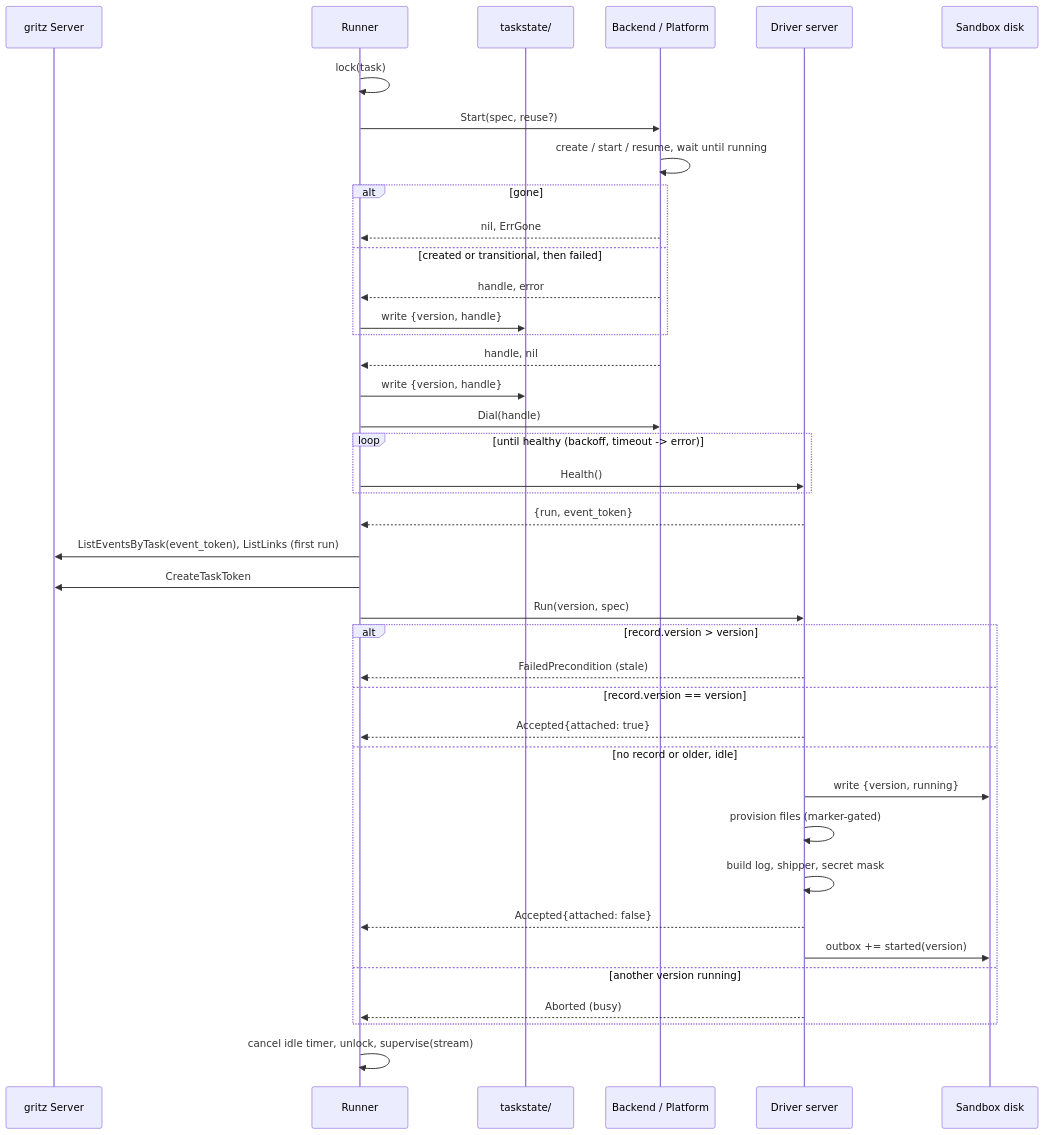
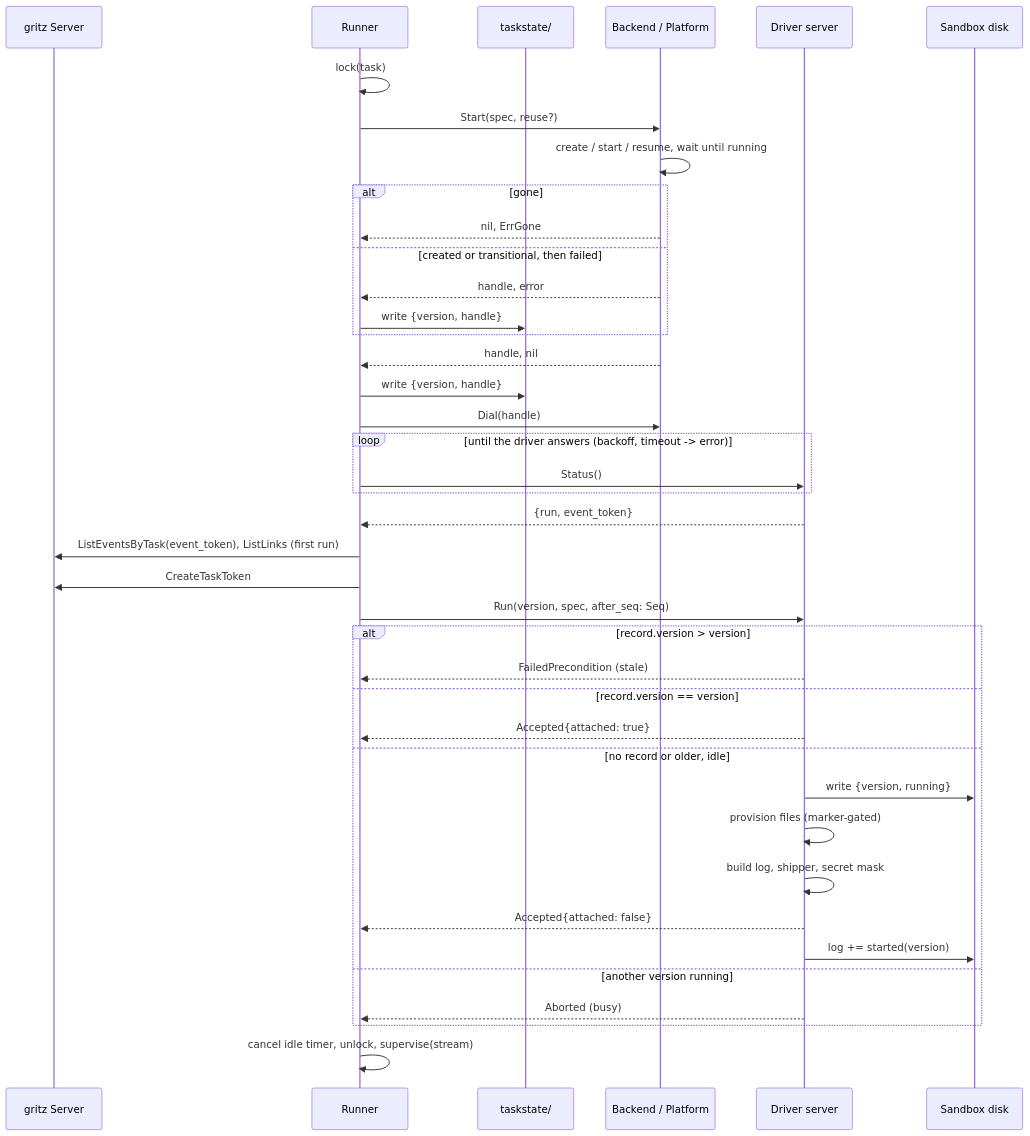
The second of 6 diagrams in proposals/draft/driver-server.md (gritzapp/gritz), drawn with Mermaid before and after one commit. The commit also changed other lines of this file and 2 other files, not shown here.

First line of the commit message:
docs: replace the driver outbox with a response log read from a runner offset

````diff
--- a/proposals/draft/driver-server.md
+++ b/proposals/draft/driver-server.md
@@ -525,43 +536,43 @@
 ```mermaid
 sequenceDiagram
     participant S as gritz Server
     participant R as Runner
     participant T as taskstate/
     participant P as Backend / Platform
     participant D as Driver server
     participant F as Sandbox disk
 
     R->>R: lock(task)
     R->>P: Start(spec, reuse?)
     P->>P: create / start / resume, wait until running
     alt gone
         P-->>R: nil, ErrGone
     else created or transitional, then failed
         P-->>R: handle, error
         R->>T: write {version, handle}
     end
     P-->>R: handle, nil
     R->>T: write {version, handle}
     R->>P: Dial(handle)
-    loop until healthy (backoff, timeout -> error)
-        R->>D: Health()
+    loop until the driver answers (backoff, timeout -> error)
+        R->>D: Status()
     end
     D-->>R: {run, event_token}
     R->>S: ListEventsByTask(event_token), ListLinks (first run)
     R->>S: CreateTaskToken
-    R->>D: Run(version, spec)
+    R->>D: Run(version, spec, after_seq: Seq)
     alt record.version > version
         D-->>R: FailedPrecondition (stale)
     else record.version == version
         D-->>R: Accepted{attached: true}
     else no record or older, idle
         D->>F: write {version, running}
         D->>D: provision files (marker-gated)
         D->>D: build log, shipper, secret mask
         D-->>R: Accepted{attached: false}
-        D->>F: outbox += started(version)
+        D->>F: log += started(version)
     else another version running
         D-->>R: Aborted (busy)
     end
     R->>R: cancel idle timer, unlock, supervise(stream)
 ```
````
